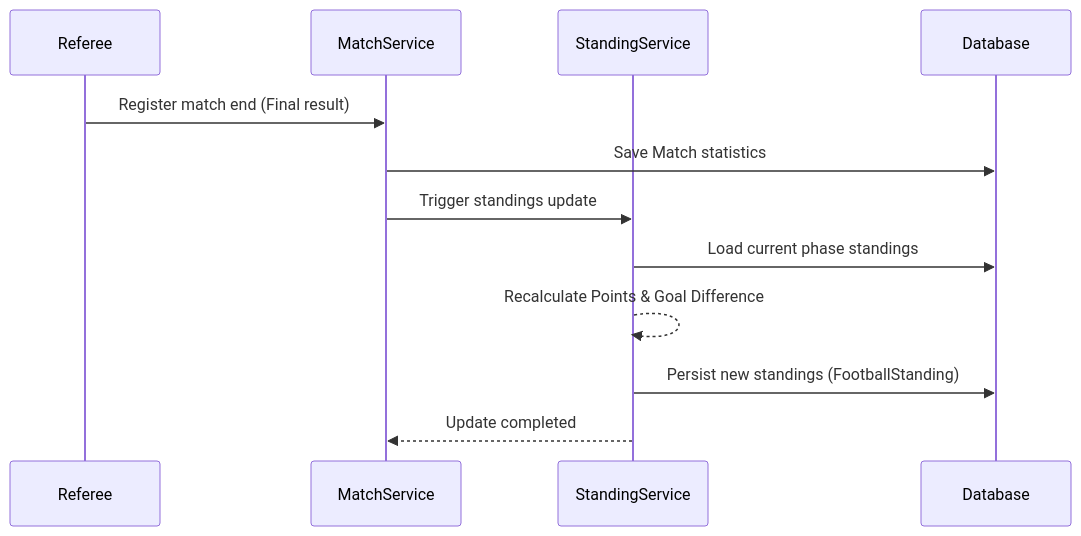
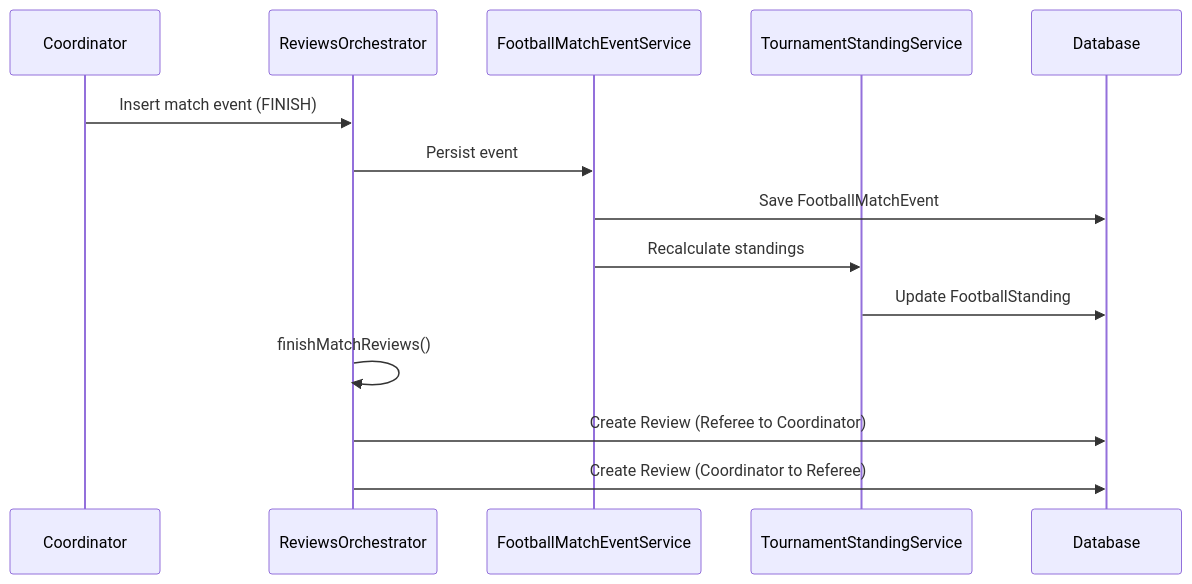
The second of 4 diagrams in README.md (lorisdj02/atl-backend), drawn with Mermaid before and after one commit. The commit also changed other lines of this file, not shown here.

Commit message:
docs: overhaul backend README with comprehensive architecture, roles, and feature flows

````diff
--- a/README.md
+++ b/README.md
@@ -48,15 +88,17 @@
 ```mermaid
 sequenceDiagram
-    participant Ref as Referee
-    participant Match_S as MatchService
-    participant Stand_S as StandingService
+    participant C as Coordinator
+    participant Orch as ReviewsOrchestrator
+    participant Event as FootballMatchEventService
+    participant Stand as TournamentStandingService
     participant DB as Database
 
-    Ref->>Match_S: Register match end (Final result)
-    Match_S->>DB: Save Match statistics
-    Match_S->>Stand_S: Trigger standings update
-    Stand_S->>DB: Load current phase standings
-    Stand_S-->>Stand_S: Recalculate Points & Goal Difference
-    Stand_S->>DB: Persist new standings (FootballStanding)
-    Stand_S-->>Match_S: Update completed
+    C->>Orch: Insert match event (FINISH)
+    Orch->>Event: Persist event
+    Event->>DB: Save FootballMatchEvent
+    Event->>Stand: Recalculate standings
+    Stand->>DB: Update FootballStanding
+    Orch->>Orch: finishMatchReviews()
+    Orch->>DB: Create Review (Referee to Coordinator)
+    Orch->>DB: Create Review (Coordinator to Referee)
 ```
````
